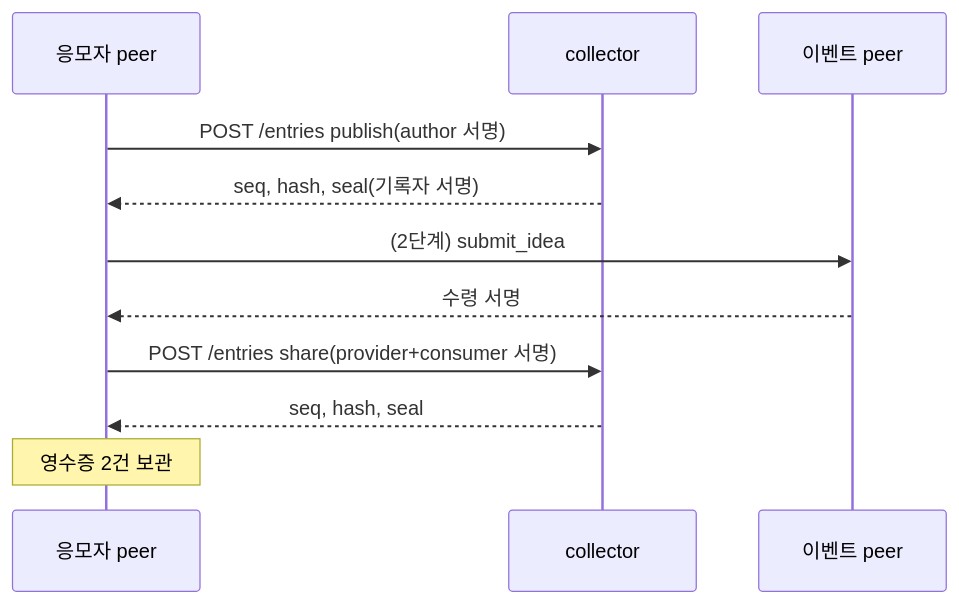
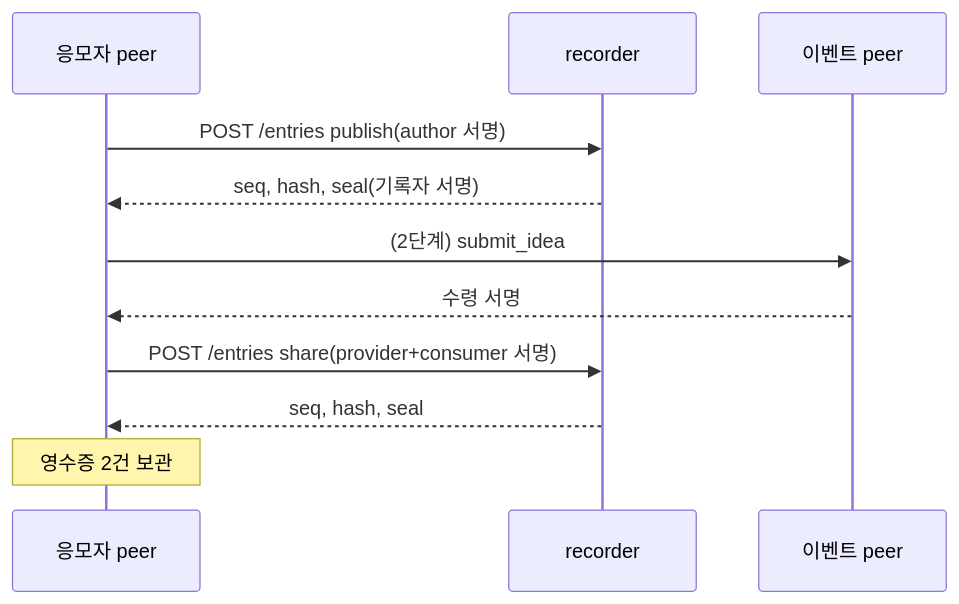
One commit to tanminkwan/share-ur-tokens changed the sixth of 7 diagrams in dev/phase1/design.md. Above: the diagram before and after it, drawn with Mermaid. The commit also changed other lines of this file and 32 other files, not shown here.

First line of the commit message:
refactor: Make the platform ledger generic and rename collector to recorder (phase 2-A)

````diff
--- a/dev/phase1/design.md
+++ b/dev/phase1/design.md
@@ -267,13 +267,13 @@
 ```mermaid
 sequenceDiagram
     participant A as 응모자 peer
-    participant C as collector
+    participant C as recorder
     participant E as 이벤트 peer
     A->>C: POST /entries publish(author 서명)
     C-->>A: seq, hash, seal(기록자 서명)
     A->>E: (2단계) submit_idea
     E-->>A: 수령 서명
     A->>C: POST /entries share(provider+consumer 서명)
     C-->>A: seq, hash, seal
     Note over A: 영수증 2건 보관
 ```
````
